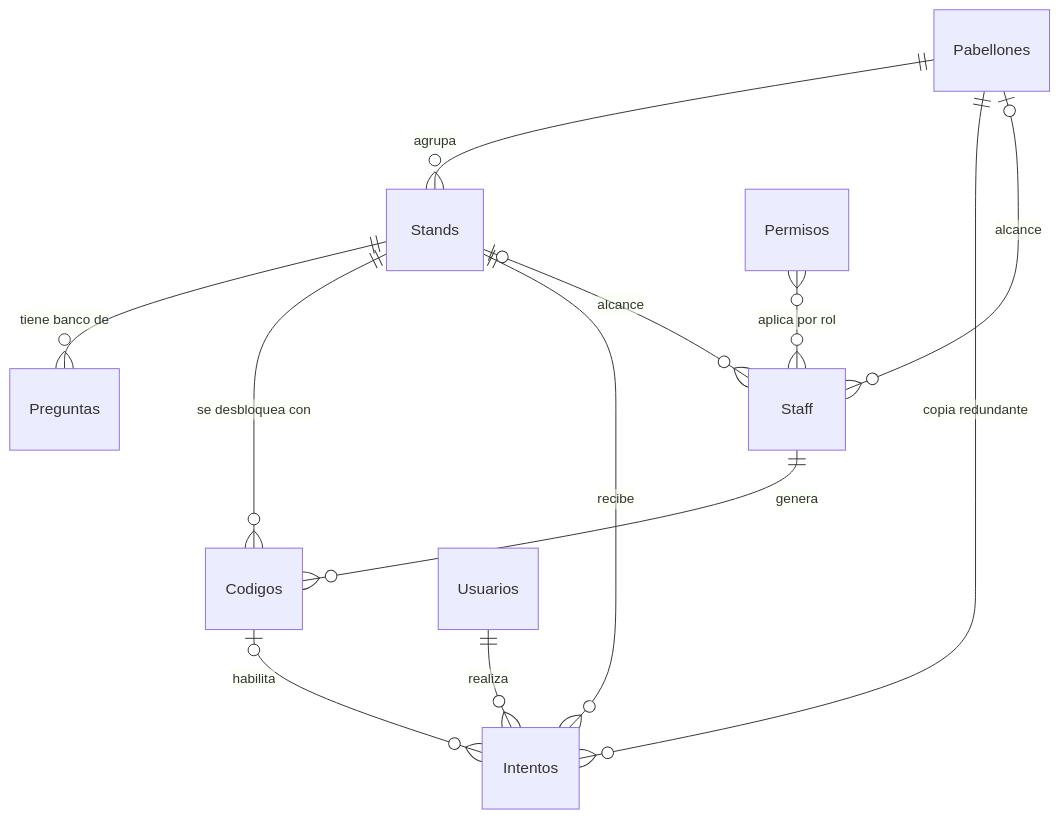
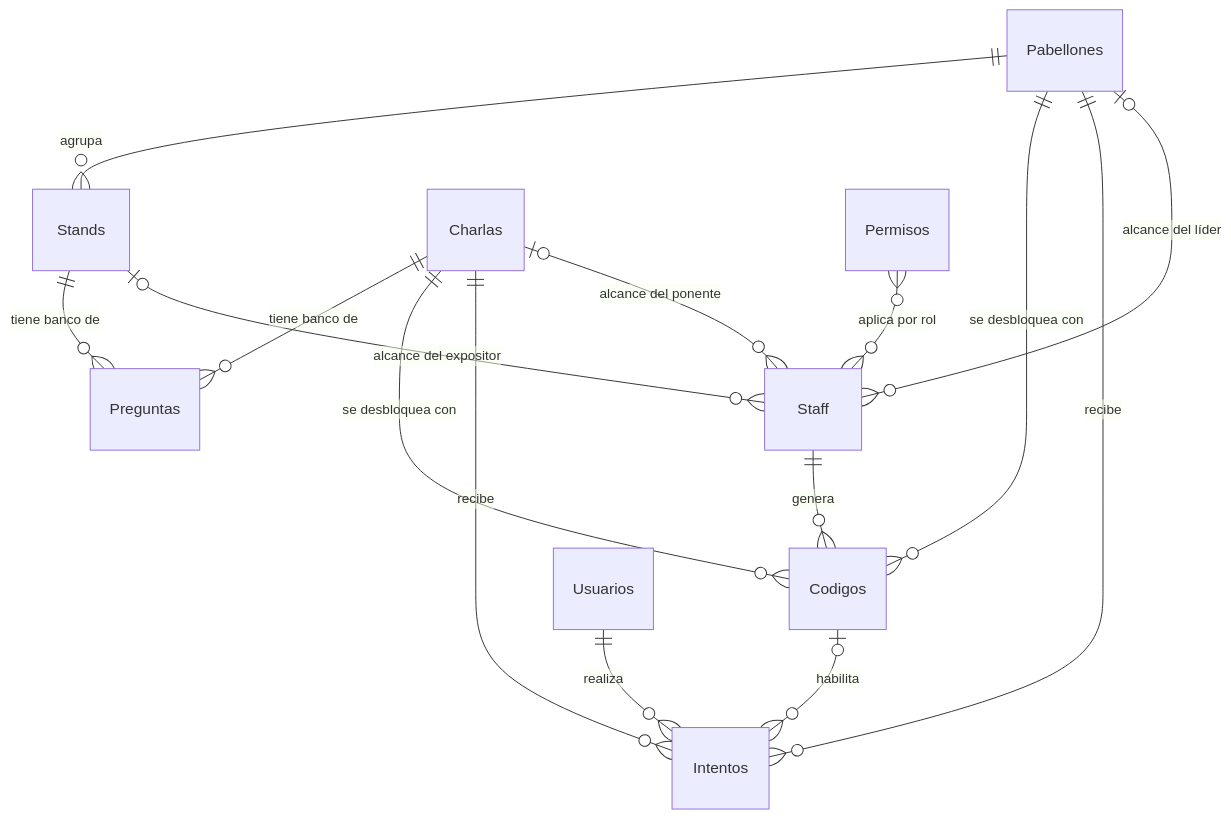
Before and after one commit to juanmanuelamancay/explore-fair: the diagram in docs/datos/modelo-de-datos.md, drawn with Mermaid. The commit also changed other lines of this file and 44 other files, not shown here.

````diff
--- a/docs/datos/modelo-de-datos.md
+++ b/docs/datos/modelo-de-datos.md
@@ -28,14 +31,17 @@
 ```mermaid
 erDiagram
     Pabellones ||--o{ Stands : "agrupa"
     Stands ||--o{ Preguntas : "tiene banco de"
-    Stands ||--o{ Codigos : "se desbloquea con"
-    Stands ||--o{ Intentos : "recibe"
-    Pabellones ||--o{ Intentos : "copia redundante"
+    Charlas ||--o{ Preguntas : "tiene banco de"
+    Pabellones ||--o{ Codigos : "se desbloquea con"
+    Charlas ||--o{ Codigos : "se desbloquea con"
+    Pabellones ||--o{ Intentos : "recibe"
+    Charlas ||--o{ Intentos : "recibe"
     Usuarios ||--o{ Intentos : "realiza"
     Codigos |o--o{ Intentos : "habilita"
     Staff ||--o{ Codigos : "genera"
-    Pabellones |o--o{ Staff : "alcance"
-    Stands |o--o{ Staff : "alcance"
+    Pabellones |o--o{ Staff : "alcance del líder"
+    Stands |o--o{ Staff : "alcance del expositor"
+    Charlas |o--o{ Staff : "alcance del ponente"
     Permisos }o--o{ Staff : "aplica por rol"
 ```
````
